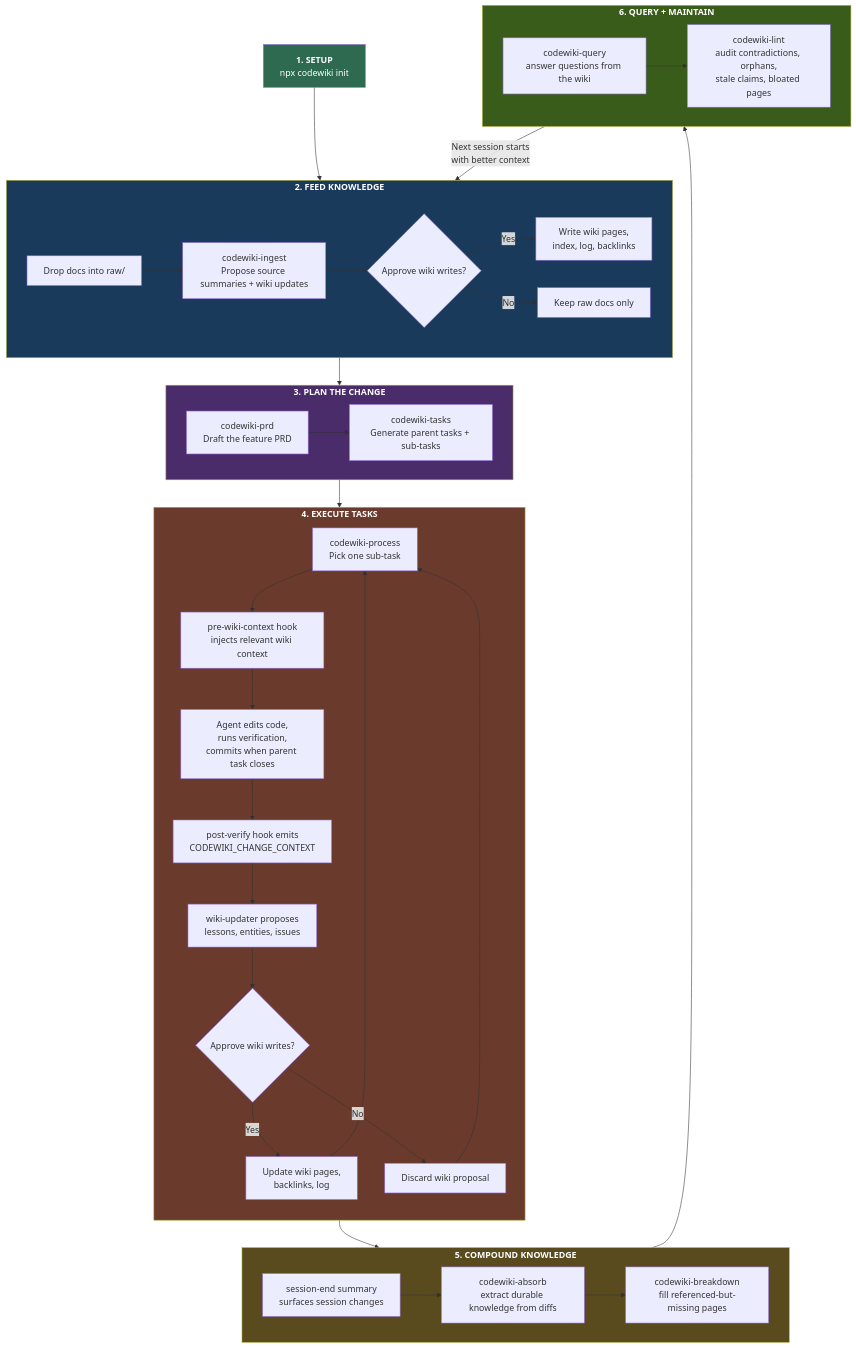
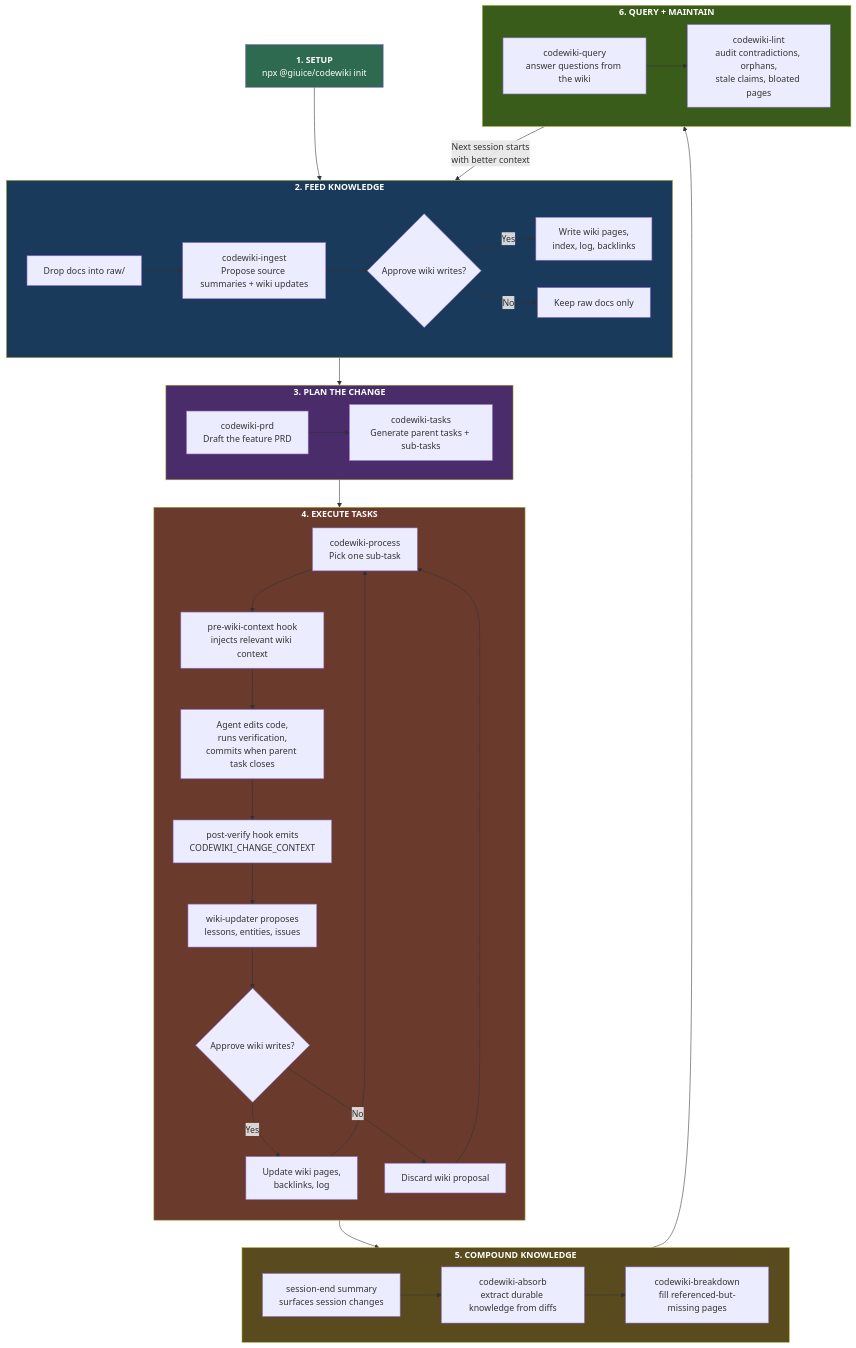
Before and after one commit to giuice/CodeWiki: the first of 2 diagrams in README.md, drawn with Mermaid. The commit also changed other lines of this file and 3 other files, not shown here.

````diff
--- a/README.md
+++ b/README.md
@@ -23,58 +23,58 @@
 ```mermaid
 flowchart TD
-  Init["<b>1. SETUP</b><br/>npx codewiki init"] --> Feed
+  Init["<b>1. SETUP</b><br/>npx @giuice/codewiki init"] --> Feed
 
   subgraph Feed["<b>2. FEED KNOWLEDGE</b>"]
     direction LR
     F1["Drop docs into raw/"] --> F2["codewiki-ingest<br/>Propose source summaries + wiki updates"]
     F2 --> F3{"Approve wiki writes?"}
     F3 -- "Yes" --> F4["Write wiki pages,<br/>index, log, backlinks"]
     F3 -- "No" --> F5["Keep raw docs only"]
   end
 
   Feed --> Plan
 
   subgraph Plan["<b>3. PLAN THE CHANGE</b>"]
     direction LR
     P1["codewiki-prd<br/>Draft the feature PRD"] --> P2["codewiki-tasks<br/>Generate parent tasks + sub-tasks"]
   end
 
   Plan --> Build
 
   subgraph Build["<b>4. EXECUTE TASKS</b>"]
     direction TB
     B1["codewiki-process<br/>Pick one sub-task"] --> B2["pre-wiki-context hook<br/>injects relevant wiki context"]
     B2 --> B3["Agent edits code,<br/>runs verification,<br/>commits when parent task closes"]
     B3 --> B4["post-verify hook emits<br/>CODEWIKI_CHANGE_CONTEXT"]
     B4 --> B5["wiki-updater proposes<br/>lessons, entities, issues"]
     B5 --> B6{"Approve wiki writes?"}
     B6 -- "Yes" --> B7["Update wiki pages,<br/>backlinks, log"]
     B6 -- "No" --> B8["Discard wiki proposal"]
     B7 --> B1
     B8 --> B1
   end
 
   Build --> Compound
 
   subgraph Compound["<b>5. COMPOUND KNOWLEDGE</b>"]
     direction LR
     C1["session-end summary<br/>surfaces session changes"] --> C2["codewiki-absorb<br/>extract durable knowledge from diffs"]
     C2 --> C3["codewiki-breakdown<br/>fill referenced-but-missing pages"]
   end
 
   Compound --> Maintain
 
   subgraph Maintain["<b>6. QUERY + MAINTAIN</b>"]
     direction LR
     M1["codewiki-query<br/>answer questions from the wiki"] --> M2["codewiki-lint<br/>audit contradictions, orphans,<br/>stale claims, bloated pages"]
   end
 
   Maintain -->|"Next session starts<br/>with better context"| Feed
 
   style Init fill:#2d6a4f,color:#fff
   style Feed fill:#1a3a5c,color:#fff
   style Plan fill:#4a2c6a,color:#fff
   style Build fill:#6a3b2d,color:#fff
   style Compound fill:#5a4b1e,color:#fff
   style Maintain fill:#3a5c1a,color:#fff
 ```
````
